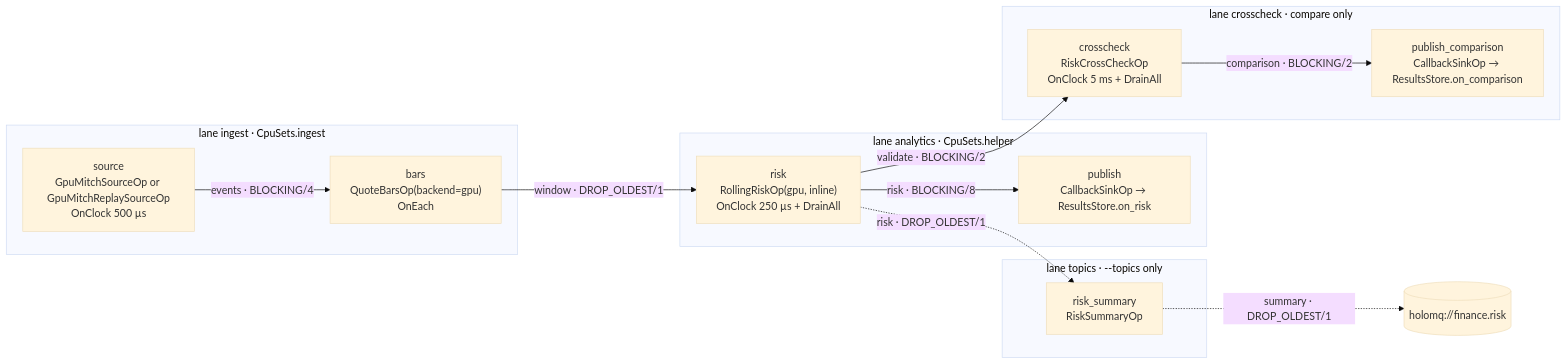
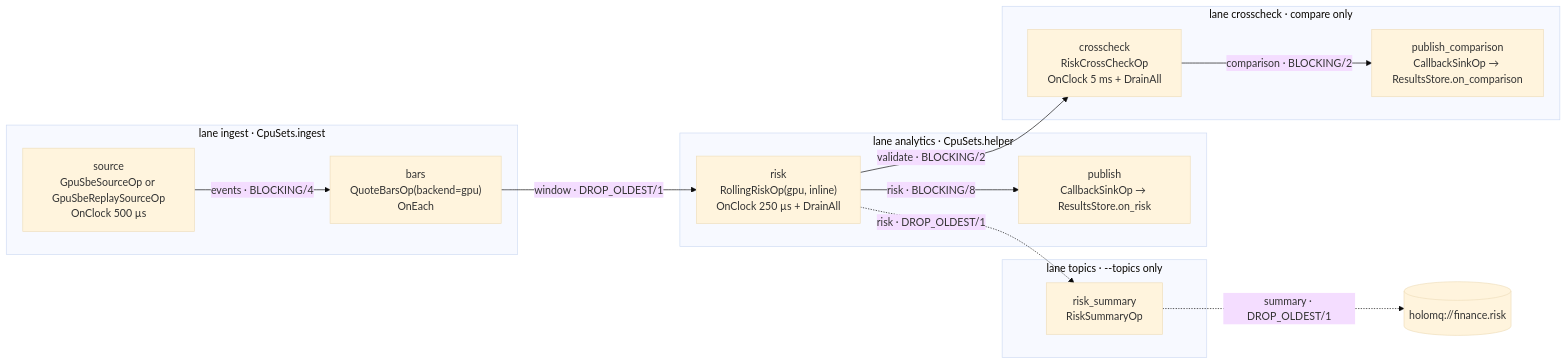
Before and after one commit to nvidia-holoscan/holoscan-finance: the first of 3 diagrams in docs/ARCHITECTURE.md, drawn with Mermaid (base theme). The commit also changed other lines of this file and 105 other files, not shown here.

````diff
--- a/docs/ARCHITECTURE.md
+++ b/docs/ARCHITECTURE.md
@@ -41,25 +41,25 @@
 ```mermaid
 flowchart LR
     subgraph ingest["lane ingest · CpuSets.ingest"]
-        source["source<br/>GpuMitchSourceOp or GpuMitchReplaySourceOp<br/>OnClock 500 µs"]
+        source["source<br/>GpuSbeSourceOp or GpuSbeReplaySourceOp<br/>OnClock 500 µs"]
         bars["bars<br/>QuoteBarsOp(backend=gpu)<br/>OnEach"]
         source -->|"events · BLOCKING/4"| bars
     end
     subgraph analytics["lane analytics · CpuSets.helper"]
         risk["risk<br/>RollingRiskOp(gpu, inline)<br/>OnClock 250 µs + DrainAll"]
         publish["publish<br/>CallbackSinkOp → ResultsStore.on_risk"]
         risk -->|"risk · BLOCKING/8"| publish
     end
     subgraph crosscheck["lane crosscheck · compare only"]
         xc["crosscheck<br/>RiskCrossCheckOp<br/>OnClock 5 ms + DrainAll"]
         pc["publish_comparison<br/>CallbackSinkOp → ResultsStore.on_comparison"]
         xc -->|"comparison · BLOCKING/2"| pc
     end
     subgraph topics["lane topics · --topics only"]
         summary["risk_summary<br/>RiskSummaryOp"]
     end
     bars -->|"window · DROP_OLDEST/1"| risk
     risk -->|"validate · BLOCKING/2"| xc
     risk -.->|"risk · DROP_OLDEST/1"| summary
     summary -.->|"summary · DROP_OLDEST/1"| topic[("holomq://finance.risk")]
 ```
````
